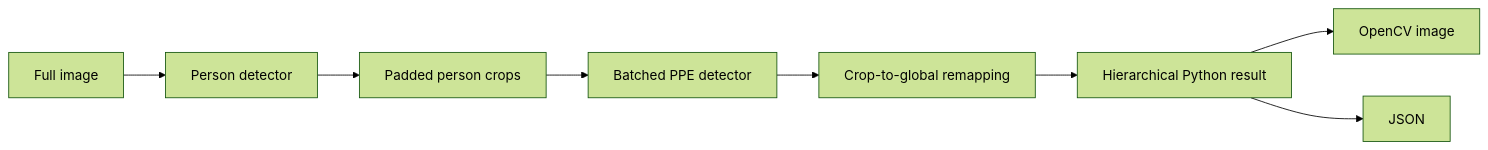
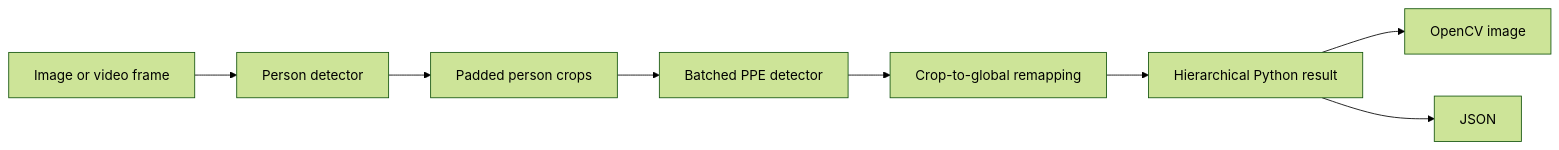
One commit to 10ishk/two-stage-ppe changed the diagram in README.md. Above: the diagram before and after it, drawn with Mermaid (forest theme). The commit also changed other lines of this file and 2 other files, not shown here.

Commit message:
docs: document video inference

````diff
--- a/README.md
+++ b/README.md
@@ -9,10 +9,10 @@
 ```mermaid
 flowchart LR
-    A[Full image] --> B[Person detector]
+    A[Image or video frame] --> B[Person detector]
     B --> C[Padded person crops]
     C --> D[Batched PPE detector]
     D --> E[Crop-to-global remapping]
     E --> F[Hierarchical Python result]
     F --> G[OpenCV image]
     F --> H[JSON]
 ```
````
